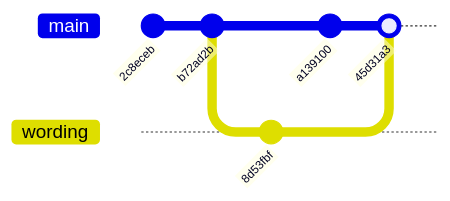
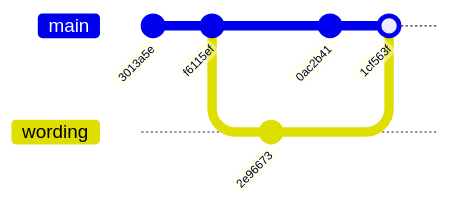
The third of 4 diagrams in lectures/content/slides/05_Version_Control.md (MindaugasSarpis/CERN_lessons_on_data_analysis), drawn with Mermaid before and after one commit. The commit also changed other lines of this file and 73 other files, not shown here.

````diff
--- a/lectures/content/slides/05_Version_Control.md
+++ b/lectures/content/slides/05_Version_Control.md
@@ -1895,11 +2185,11 @@
 ```mermaid {scale: 0.85}
 gitGraph
-    commit id: "2c8eceb"
-    commit id: "b72ad2b"
+    commit id: "3013a5e"
+    commit id: "f6115ef"
     branch wording
     checkout wording
-    commit id: "8d53fbf"
+    commit id: "2e96673"
     checkout main
-    commit id: "a139100"
-    merge wording id: "45d31a3"
+    commit id: "0ac2b41"
+    merge wording id: "1cf563f"
 ```
````
